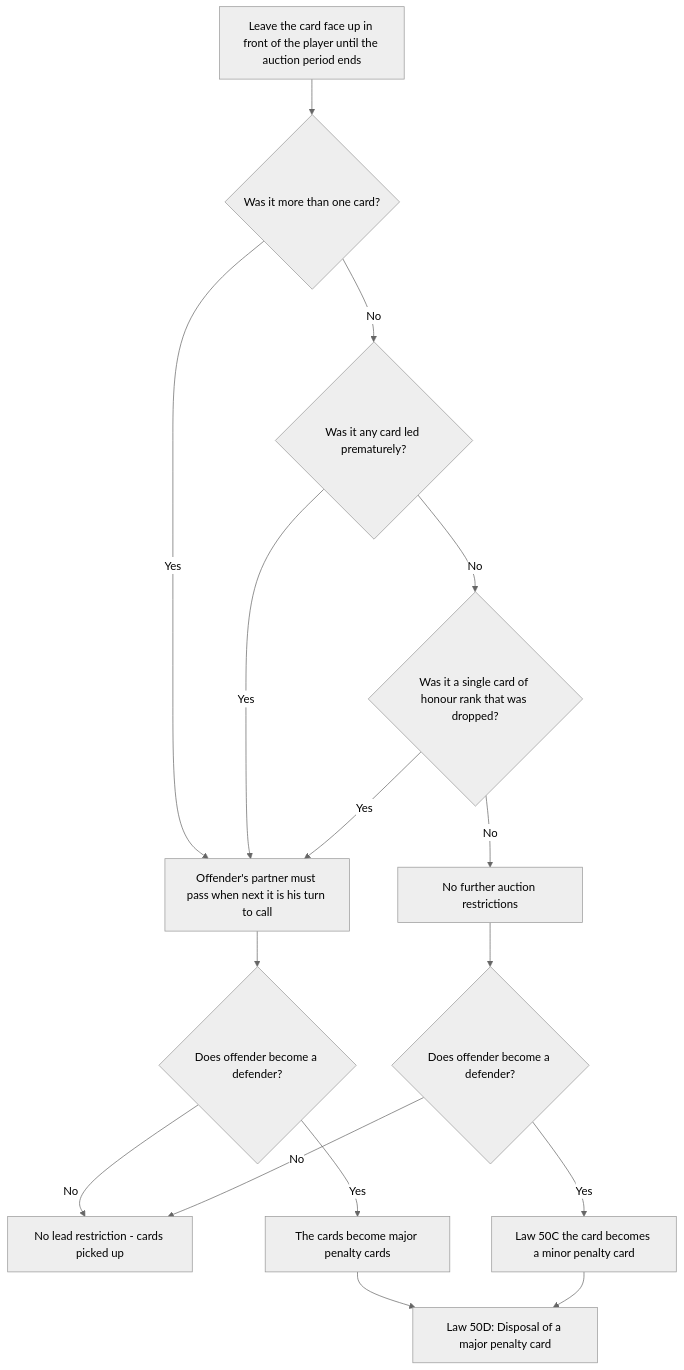
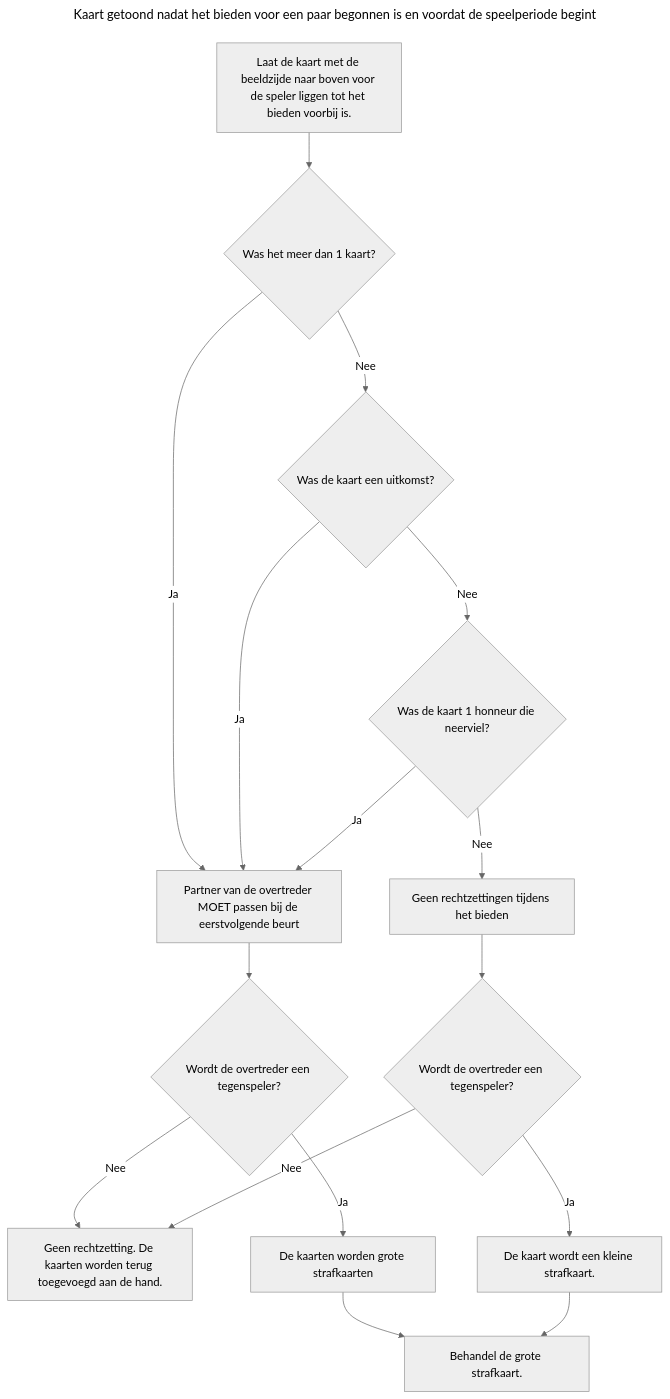
The diagram in kaart-getoond-voor-het-spelen.md (tcorneli/CTL-instructies), drawn with Mermaid (neutral theme) before and after one commit.

Commit message:
Translate auction rules to Dutch

````diff
--- a/kaart-getoond-voor-het-spelen.md
+++ b/kaart-getoond-voor-het-spelen.md
@@ -1,18 +1,21 @@
 ```mermaid
+---
+title: Kaart getoond nadat het bieden voor een paar begonnen is en voordat de speelperiode begint
+---
 graph TD
-    A[Leave the card face up in front of the player until the auction period ends] --> B{Was it more than one card?}
-    B -->|No| C{Was it any card led prematurely?}
-    C -->|No| D{Was it a single card of honour rank that was dropped?}
-    B -->|Yes| E[Offender's partner must pass when next it is his turn to call]
-    C -->|Yes| E
-    D -->|Yes| E
-    D -->|No| F[No further auction restrictions]
-    E --> G{Does offender become a defender?}
-    F --> H{Does offender become a defender?}
-    G -->|No| I[No lead restriction - cards picked up]
-    H -->|No| I
-    G -->|Yes| J[The cards become major penalty cards]
-    H -->|Yes| K[Law 50C the card becomes a minor penalty card]
-    J --> L[Law 50D: Disposal of a major penalty card]
+    A[Laat de kaart met de beeldzijde naar boven voor de speler liggen tot het bieden voorbij is.] --> B{Was het meer dan 1 kaart?}
+    B -->|Nee| C{Was de kaart een uitkomst?}
+    C -->|Nee| D{Was de kaart 1 honneur die neerviel?}
+    B -->|Ja| E[Partner van de overtreder MOET passen bij de eerstvolgende beurt]
+    C -->|Ja| E
+    D -->|Ja| E
+    D -->|Nee| F[Geen rechtzettingen tijdens het bieden]
+    E --> G{Wordt de overtreder een tegenspeler?}
+    F --> H{Wordt de overtreder een tegenspeler?}
+    G -->|Nee| I[Geen rechtzetting. De kaarten worden terug toegevoegd aan de hand.]
+    H -->|Nee| I
+    G -->|Ja| J[De kaarten worden grote strafkaarten]
+    H -->|Ja| K[De kaart wordt een kleine strafkaart.]
+    J --> L[Behandel de grote strafkaart.]
     K --> L
 ```
````
